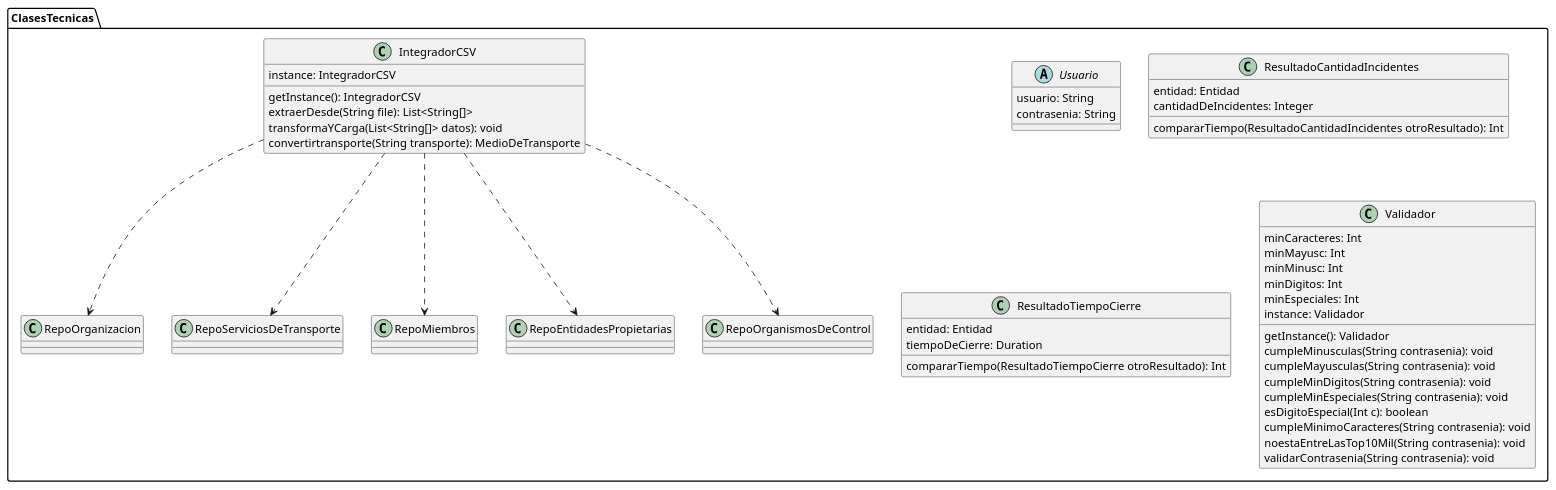
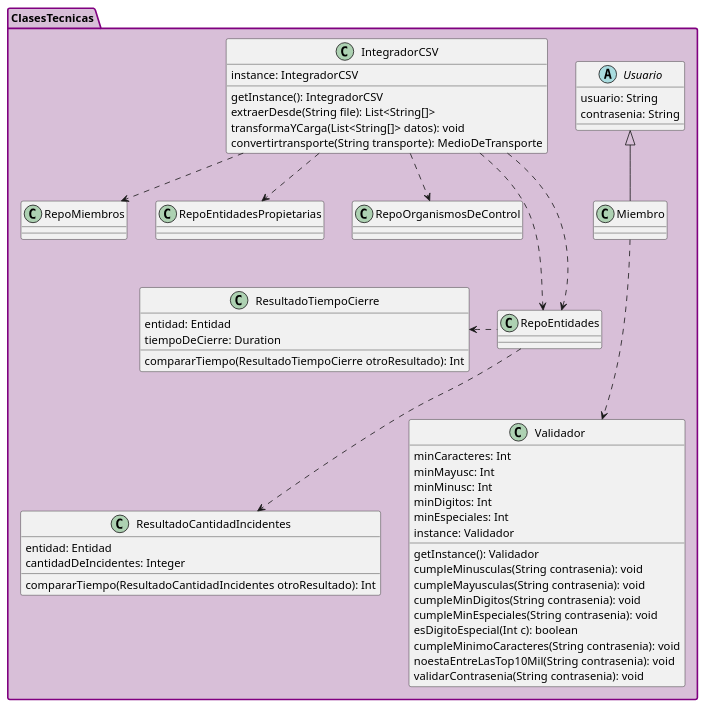
One commit to tomidandrea/TPA-DDS-2023 changed the diagram in Entrega-3/out/clasesTecnicas.puml. Above: the diagram before and after it, drawn with PlantUML. The commit also changed 9 other files, not shown here.

Commit message:
Ordeno diagrama de clases

```diff
--- a/Entrega-3/out/clasesTecnicas.puml
+++ b/Entrega-3/out/clasesTecnicas.puml
@@ -1,70 +1,72 @@
 @startuml
 'https://plantuml.com/class-diagram
 
-package ClasesTecnicas{
+package ClasesTecnicas #back:thistle;line:purple;line.bold{
     abstract class Usuario{
         usuario: String
         contrasenia: String
     }
 
     class ResultadoCantidadIncidentes{
         entidad: Entidad
         cantidadDeIncidentes: Integer
 
         compararTiempo(ResultadoCantidadIncidentes otroResultado): Int
     }
 
     class ResultadoTiempoCierre{
         entidad: Entidad
         tiempoDeCierre: Duration
 
         compararTiempo(ResultadoTiempoCierre otroResultado): Int
     }
 
     class Validador{
         minCaracteres: Int
         minMayusc: Int
         minMinusc: Int
         minDigitos: Int
         minEspeciales: Int
         instance: Validador
 
         getInstance(): Validador
         cumpleMinusculas(String contrasenia): void
         cumpleMayusculas(String contrasenia): void
         cumpleMinDigitos(String contrasenia): void
         cumpleMinEspeciales(String contrasenia): void
         esDigitoEspecial(Int c): boolean
         cumpleMinimoCaracteres(String contrasenia): void
         noestaEntreLasTop10Mil(String contrasenia): void
         validarContrasenia(String contrasenia): void
     }
 
       class IntegradorCSV{
             instance: IntegradorCSV
             getInstance(): IntegradorCSV
             extraerDesde(String file): List<String[]>
             transformaYCarga(List<String[]> datos): void
             convertirtransporte(String transporte): MedioDeTransporte
         }
 
-      class "RepoOrganizacion" as CopiaRepoOrg{
-      }
-      class "RepoServiciosDeTransporte" as CopiaRepoTransporte{
-      }
       class "RepoMiembros" as CopiaRepoMiembros{
       }
       class "RepoEntidadesPropietarias" as CopiaRepoEntidadesPropietarias{
       }
       class "RepoOrganismosDeControl" as CopiaRepoOrganismosDeControl{
       }
+      class "RepoEntidades" as CopiaRepoEntidades{
+      }
+      class "Miembro" as CopiaMiembro{
+      }
 
-    IntegradorCSV ..> CopiaRepoOrg
-    IntegradorCSV ..> CopiaRepoTransporte
+    IntegradorCSV ..down.> CopiaRepoEntidades
+    IntegradorCSV ...> CopiaRepoEntidades
     IntegradorCSV ..> CopiaRepoMiembros
     IntegradorCSV ..> CopiaRepoEntidadesPropietarias
     IntegradorCSV ..> CopiaRepoOrganismosDeControl
-
+    CopiaRepoEntidades..left.>ResultadoTiempoCierre
+    CopiaRepoEntidades..down>ResultadoCantidadIncidentes
+    CopiaMiembro -up-|>Usuario
+    CopiaMiembro ...> Validador
 }
-
 @enduml
```
